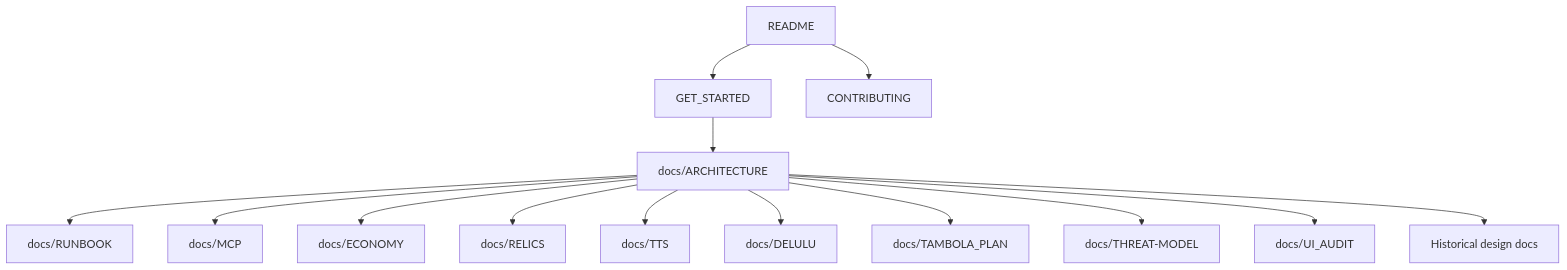
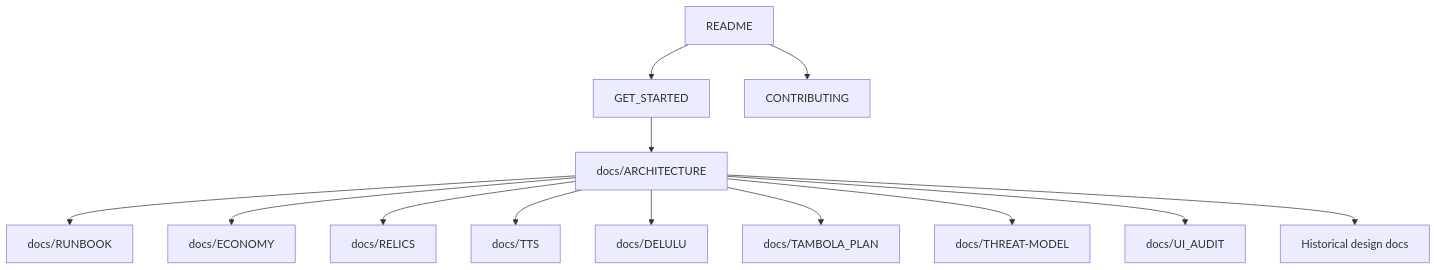
One commit to DeathSurfing/siela-bot changed the diagram in docs/README.md. Above: the diagram before and after it, drawn with Mermaid. The commit also changed other lines of this file and 39 other files, not shown here.

````diff
--- a/docs/README.md
+++ b/docs/README.md
@@ -5,16 +5,15 @@
 ```mermaid
 flowchart TD
   START[README] --> GET[GET_STARTED]
   GET --> ARCH[docs/ARCHITECTURE]
   START --> CONTRIB[CONTRIBUTING]
   ARCH --> RUN[docs/RUNBOOK]
-  ARCH --> MCP[docs/MCP]
   ARCH --> ECON[docs/ECONOMY]
   ARCH --> RELICS[docs/RELICS]
   ARCH --> TTS[docs/TTS]
   ARCH --> DELULU[docs/DELULU]
   ARCH --> TAMBOLA[docs/TAMBOLA_PLAN]
   ARCH --> THREAT[docs/THREAT-MODEL]
   ARCH --> UI[docs/UI_AUDIT]
   ARCH --> HIST[Historical design docs]
 ```
````
